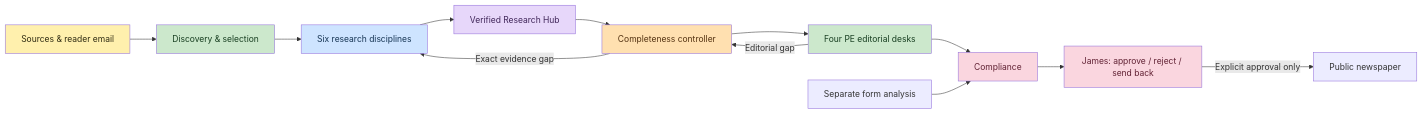
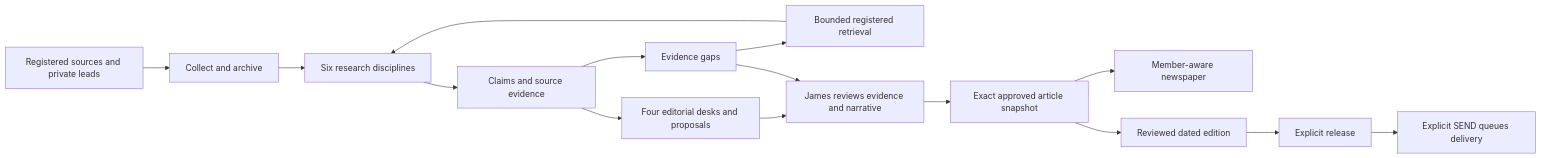
The diagram in docs/architecture.md (jwcoleman87-collab/thursday-post), drawn with Mermaid before and after one commit. The commit also changed other lines of this file and 93 other files, not shown here.

Commit message:
Build Thursday Post editorial, subscriber, billing and edition operations

````diff
--- a/docs/architecture.md
+++ b/docs/architecture.md
@@ -13,26 +7,17 @@
 ```mermaid
 flowchart LR
-  S[Sources & reader email] --> D[Discovery & selection]
-  D --> R[Six research disciplines]
-  R --> H[Verified Research Hub]
-  H --> C[Completeness controller]
-  C -->|Exact evidence gap| R
-  C --> E[Four PE editorial desks]
-  E -->|Editorial gap| C
-  E --> G[Compliance]
-  F[Separate form analysis] --> G
-  G --> J[James: approve / reject / send back]
-  J -->|Explicit approval only| P[Public newspaper]
-  classDef source fill:#fff0ad,color:#302c12
-  classDef discovery fill:#cce8cc,color:#173e20
-  classDef research fill:#cee4ff,color:#163554
-  classDef hub fill:#e7d7fa,color:#40265a
-  classDef controller fill:#ffe0b0,color:#543312
-  classDef gate fill:#fad6df,color:#612234
-  class S source
-  class D,E discovery
-  class R research
-  class H hub
-  class C controller
-  class G,J gate
+  S[Registered sources and private leads] --> C[Collect and archive]
+  C --> R[Six research disciplines]
+  R --> H[Claims and source evidence]
+  H --> G[Evidence gaps]
+  G --> T[Bounded registered retrieval]
+  T --> R
+  H --> E[Four editorial desks and proposals]
+  E --> J[James reviews evidence and narrative]
+  G --> J
+  J --> P[Exact approved article snapshot]
+  P --> M[Member-aware newspaper]
+  P --> D[Reviewed dated edition]
+  D --> L[Explicit release]
+  L --> Q[Explicit SEND queues delivery]
 ```
````
